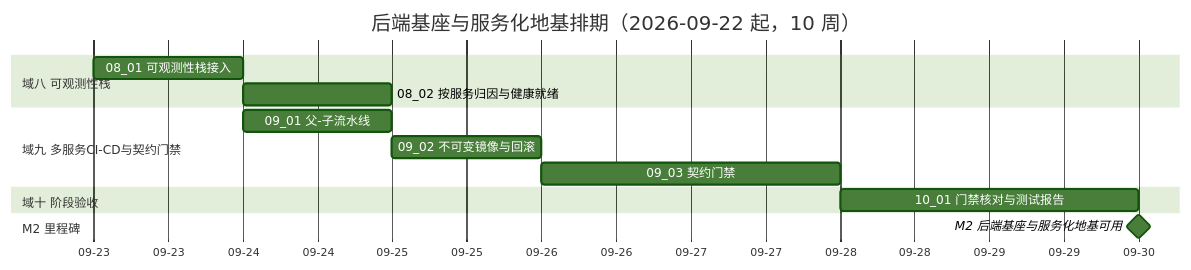
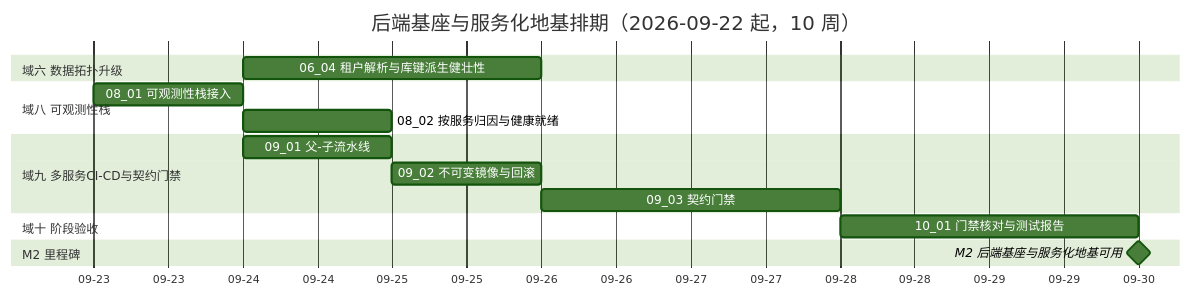
The diagram in bms文档/项目/02_后端基座与服务化地基/计划/01_计划_后端基座与服务化地基.md (minjian123/basic-management-system), drawn with Mermaid (forest theme) before and after one commit. The commit also changed other lines of this file and 5 other files, not shown here.

````diff
--- a/bms文档/项目/02_后端基座与服务化地基/计划/01_计划_后端基座与服务化地基.md
+++ b/bms文档/项目/02_后端基座与服务化地基/计划/01_计划_后端基座与服务化地基.md
@@ -58,17 +59,19 @@
 ```mermaid
 gantt
     title 后端基座与服务化地基排期（2026-09-22 起，10 周）
     dateFormat  YYYY-MM-DD
     axisFormat %m-%d
+    section 域六 数据拓扑升级
+    06_04 租户解析与库键派生健壮性 :a0604, 2026-09-24, 2d
     section 域八 可观测性栈
     08_01 可观测性栈接入 :a0801, 2026-09-23, 1d
     08_02 按服务归因与健康就绪 :a0802, 2026-09-24, 1d
     section 域九 多服务CI-CD与契约门禁
     09_01 父-子流水线 :a0901, 2026-09-24, 1d
     09_02 不可变镜像与回滚 :a0902, after a0901, 1d
     09_03 契约门禁 :a0903, after a0902, 2d
     section 域十 阶段验收
     10_01 门禁核对与测试报告 :a1001, after a0903, 2d
     section M2 里程碑
     M2 后端基座与服务化地基可用 :milestone, mm2, after a1001, 0d
 ```
````
